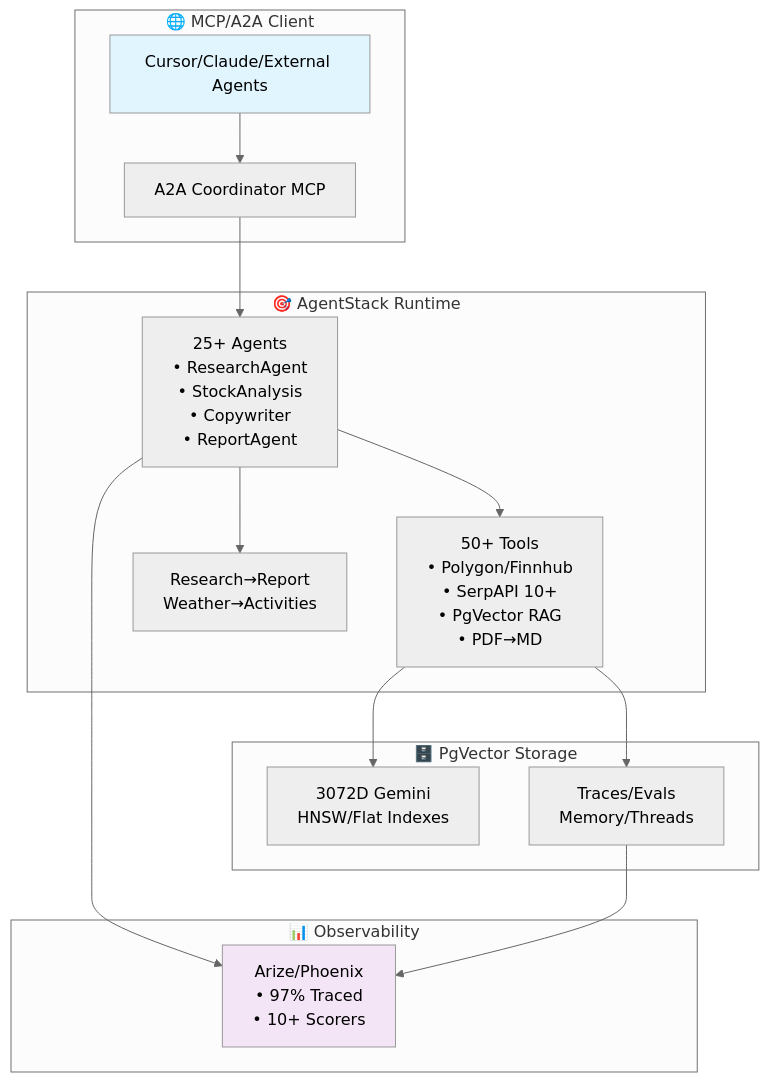
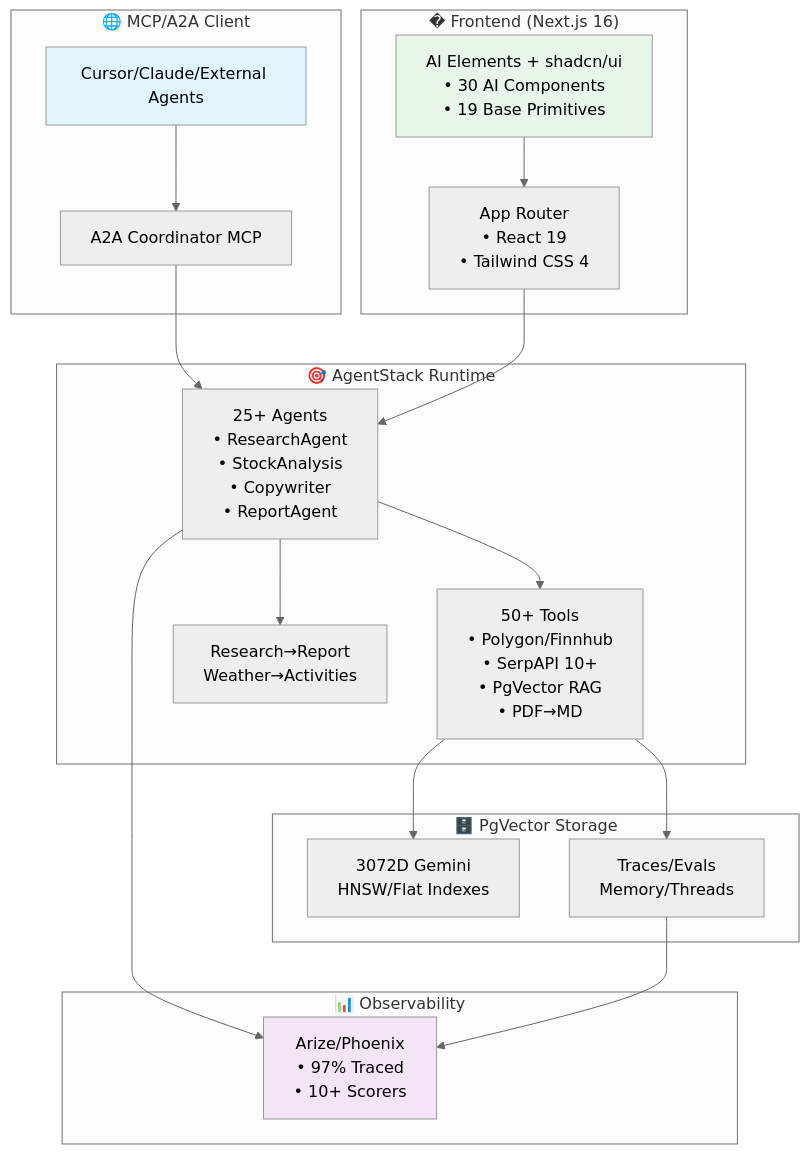
The first of 3 diagrams in README.md (ssdeanx/AgentStack), drawn with Mermaid (neutral theme) before and after one commit. The commit also changed other lines of this file and 73 other files, not shown here.

````diff
--- a/README.md
+++ b/README.md
@@ -65,25 +67,34 @@
 ```mermaid
 graph TB
+    subgraph "� Frontend (Next.js 16)"
+        UI[AI Elements + shadcn/ui<br/>• 30 AI Components<br/>• 19 Base Primitives]
+        App[App Router<br/>• React 19<br/>• Tailwind CSS 4]
+    end
+
     subgraph "🌐 MCP/A2A Client"
         Client[Cursor/Claude/External Agents] --> Coord[A2A Coordinator MCP]
     end
 
     subgraph "🎯 AgentStack Runtime"
         Coord --> Agents[25+ Agents<br/>• ResearchAgent<br/>• StockAnalysis<br/>• Copywriter<br/>• ReportAgent]
         Agents --> Tools[50+ Tools<br/>• Polygon/Finnhub<br/>• SerpAPI 10+<br/>• PgVector RAG<br/>• PDF→MD]
         Agents --> Workflows[Research→Report<br/>Weather→Activities]
     end
 
     subgraph "🗄️ PgVector Storage"
         Tools --> Embeddings[3072D Gemini<br/>HNSW/Flat Indexes]
         Tools --> Postgres[Traces/Evals<br/>Memory/Threads]
     end
 
     subgraph "📊 Observability"
         Agents --> Arize[Arize/Phoenix<br/>• 97% Traced<br/>• 10+ Scorers]
         Postgres --> Arize
     end
 
+    UI --> App
+    App --> Agents
+
     style Client fill:#e1f5fe
     style Arize fill:#f3e5f5
+    style UI fill:#e8f5e9
 ```
````
